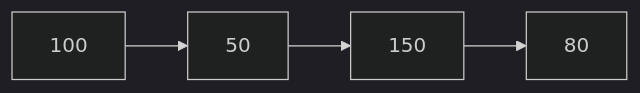
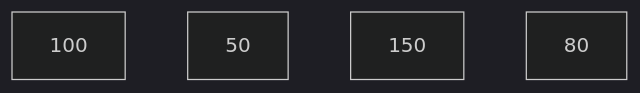
One commit to Moku3956/tech-blog changed the second of 22 diagrams in articles/5d46e9e4608404.md. Above: the diagram before and after it, drawn with Mermaid (dark theme). The commit also changed other lines of this file, not shown here.

Commit message:
配列の図から矢印を削除(リンクリストと誤解されるため)

````diff
--- a/articles/5d46e9e4608404.md
+++ b/articles/5d46e9e4608404.md
@@ -48,4 +48,4 @@
 ```mermaid
 graph LR
-    A["100"] --> B["50"] --> C["150"] --> D["80"]
+    A["100"] ~~~ B["50"] ~~~ C["150"] ~~~ D["80"]
 ```
````
